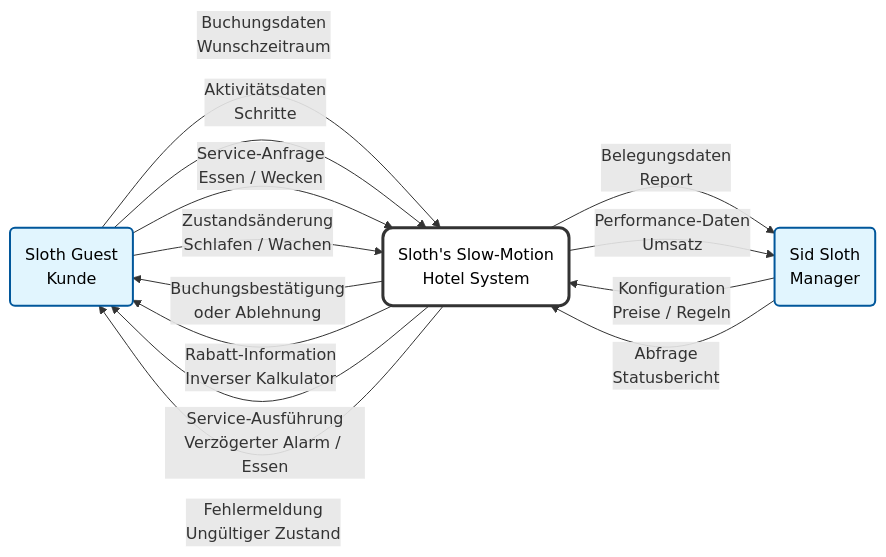
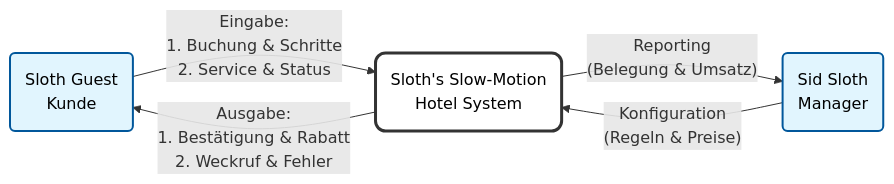
Before and after one commit to sebastianbichler/IU_2026_EF_LE_BER_VC_Python: the first of 2 diagrams in src/student_projects/g09/docs/UseCaseDiagram.md, drawn with Mermaid.

````diff
--- a/src/student_projects/g09/docs/UseCaseDiagram.md
+++ b/src/student_projects/g09/docs/UseCaseDiagram.md
@@ -1,32 +1,26 @@
 ```mermaid
-graph LR
+flowchart LR
     %% --- STYLING ---
     classDef actorStyle fill:#e1f5fe,stroke:#01579b,stroke-width:2px,color:black;
-    classDef systemStyle fill:#fff,stroke:#333,stroke-width:3px,rx:10,ry:10,color:black;
+    classDef systemStyle fill:#ffffff,stroke:#333333,stroke-width:3px,rx:10,ry:10,color:black;
 
-    %% --- ENTITIES ---
+    %% --- KNOTEN ---
     Guest(Sloth Guest<br>Kunde):::actorStyle
+    System(Sloth's Slow-Motion<br>Hotel System):::systemStyle
     Sid(Sid Sloth<br>Manager):::actorStyle
-    System(Sloth's Slow-Motion<br>Hotel System):::systemStyle
 
-    %% --- DATA FLOWS: GUEST -> SYSTEM ---
-    Guest -- "Buchungsdaten<br>Wunschzeitraum" --> System
-    Guest -- "Aktivitätsdaten<br>Schritte" --> System
-    Guest -- "Service-Anfrage<br>Essen / Wecken" --> System
-    Guest -- "Zustandsänderung<br>Schlafen / Wachen" --> System
+    %% --- FLUSS: GAST <-> SYSTEM ---
+    %% Wir bündeln die Eingaben in einen Pfeil für saubere Linienführung
+    Guest -- "Eingabe:<br>1. Buchung & Schritte<br>2. Service & Status" --> System
+    
+    %% Wir bündeln die Ausgaben
+    System -- "Ausgabe:<br>1. Bestätigung & Rabatt<br>2. Weckruf & Fehler" --> Guest
 
-    %% --- DATA FLOWS: SYSTEM -> GUEST ---
-    System -- "Buchungsbestätigung<br>oder Ablehnung" --> Guest
-    System -- "Rabatt-Information<br>Inverser Kalkulator" --> Guest
-    System -- "Service-Ausführung<br>Verzögerter Alarm / Essen" --> Guest
-    System -- "Fehlermeldung<br>Ungültiger Zustand" --> Guest
+    %% --- FLUSS: SID <-> SYSTEM ---
+    %% Manager Inputs
+    Sid -- "Konfiguration<br>(Regeln & Preise)" --> System
 
-    %% --- DATA FLOWS: SID -> SYSTEM ---
-    Sid -- "Konfiguration<br>Preise / Regeln" --> System
-    Sid -- "Abfrage<br>Statusbericht" --> System
-
-    %% --- DATA FLOWS: SYSTEM -> SID ---
-    System -- "Belegungsdaten<br>Report" --> Sid
-    System -- "Performance-Daten<br>Umsatz" --> Sid
+    %% Manager Outputs
+    System -- "Reporting<br>(Belegung & Umsatz)" --> Sid
 
 ```
````
